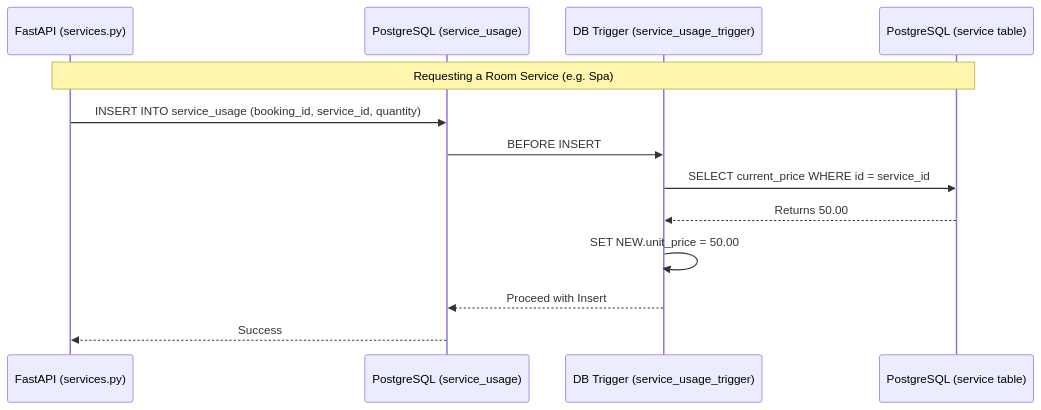
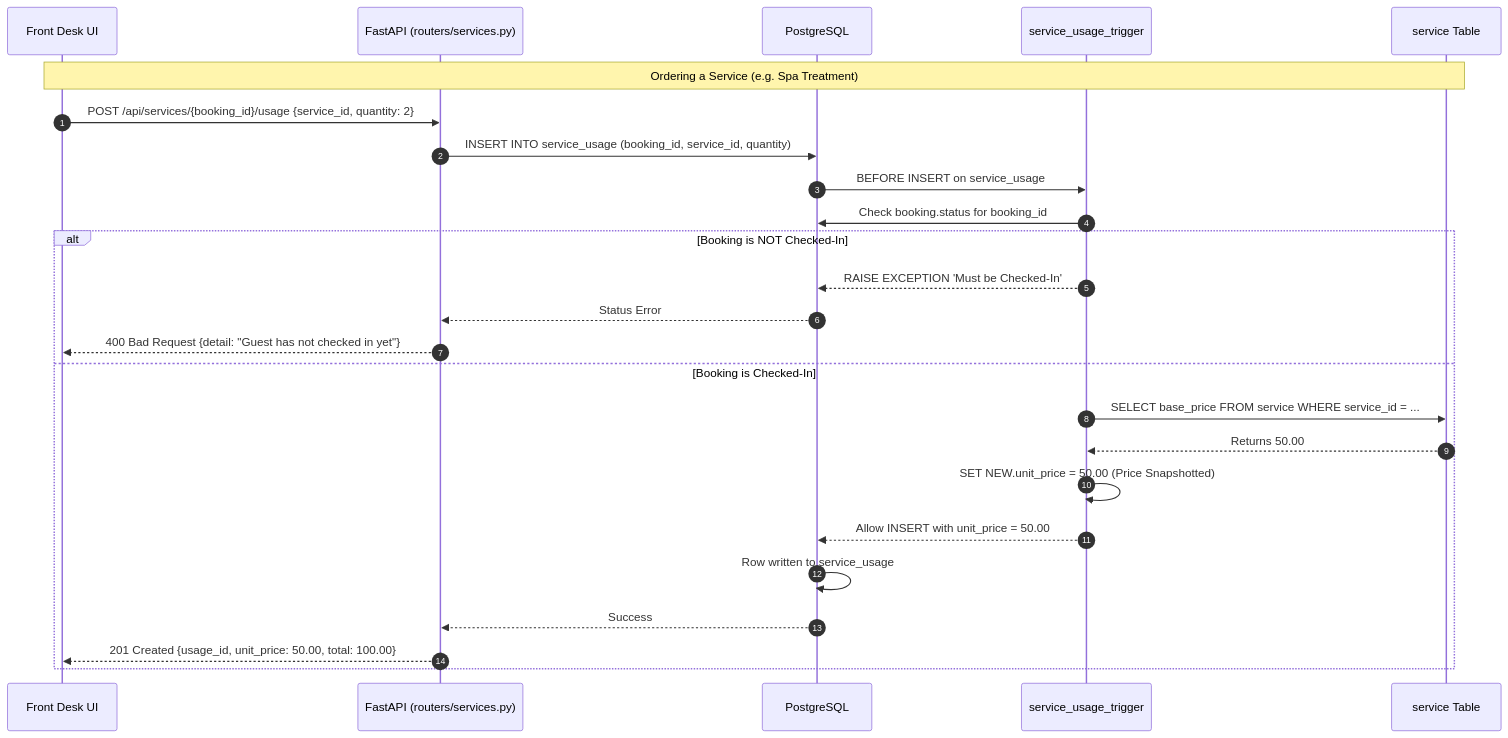
One commit to SithumDFernando/Hotel_Management_System_DB_G33 changed the diagram in docs/work/chamika.md. Above: the diagram before and after it, drawn with Mermaid. The commit also changed other lines of this file and 8 other files, not shown here.

````diff
--- a/docs/work/chamika.md
+++ b/docs/work/chamika.md
@@ -19,17 +82,28 @@
 ```mermaid
 sequenceDiagram
-    participant API as FastAPI (services.py)
-    participant DB as PostgreSQL (service_usage)
-    participant Trig as DB Trigger (service_usage_trigger)
-    participant Master as PostgreSQL (service table)
+    autonumber
+    participant Reception as Front Desk UI
+    participant API as FastAPI (routers/services.py)
+    participant DB as PostgreSQL
+    participant Trig as service_usage_trigger
+    participant Svc as service Table
 
-    Note over API,Master: Requesting a Room Service (e.g. Spa)
-
+    Note over Reception,Svc: Ordering a Service (e.g. Spa Treatment)
+    Reception->>API: POST /api/services/{booking_id}/usage {service_id, quantity: 2}
     API->>DB: INSERT INTO service_usage (booking_id, service_id, quantity)
-    DB->>Trig: BEFORE INSERT
-    Trig->>Master: SELECT current_price WHERE id = service_id
-    Master-->>Trig: Returns 50.00
-    Trig->>Trig: SET NEW.unit_price = 50.00
-    Trig-->>DB: Proceed with Insert
-    DB-->>API: Success
+    DB->>Trig: BEFORE INSERT on service_usage
+    Trig->>DB: Check booking.status for booking_id
+    alt Booking is NOT Checked-In
+        Trig-->>DB: RAISE EXCEPTION 'Must be Checked-In'
+        DB-->>API: Status Error
+        API-->>Reception: 400 Bad Request {detail: "Guest has not checked in yet"}
+    else Booking is Checked-In
+        Trig->>Svc: SELECT base_price FROM service WHERE service_id = ...
+        Svc-->>Trig: Returns 50.00
+        Trig->>Trig: SET NEW.unit_price = 50.00 (Price Snapshotted)
+        Trig-->>DB: Allow INSERT with unit_price = 50.00
+        DB->>DB: Row written to service_usage
+        DB-->>API: Success
+        API-->>Reception: 201 Created {usage_id, unit_price: 50.00, total: 100.00}
+    end
 ```
````
